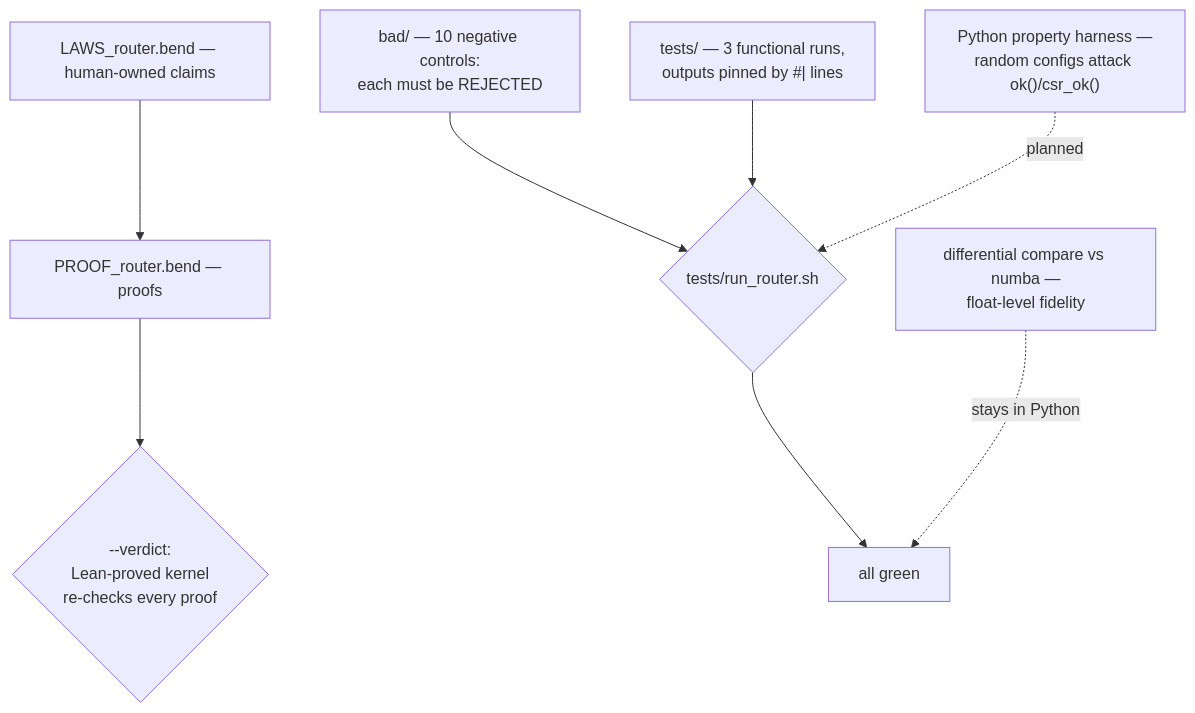
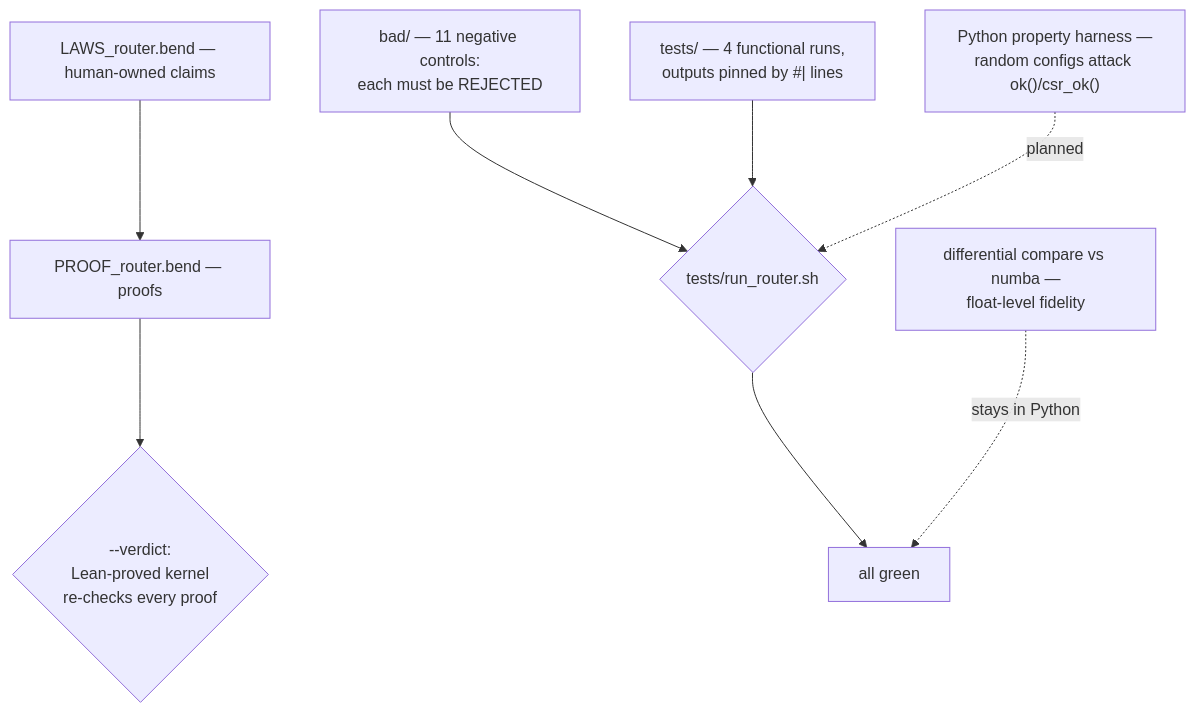
Before and after one commit to maedoc/tvb: the seventh of 7 diagrams in tvb_library/tvb/simulator/backend/bend_hybrid/ROUTER_EXPLAINER.md, drawn with Mermaid. The commit also changed other lines of this file and 7 other files, not shown here.

````diff
--- a/tvb_library/tvb/simulator/backend/bend_hybrid/ROUTER_EXPLAINER.md
+++ b/tvb_library/tvb/simulator/backend/bend_hybrid/ROUTER_EXPLAINER.md
@@ -318,10 +320,10 @@
 ```mermaid
 flowchart TD
     LAWS["LAWS_router.bend — human-owned claims"] --> PROOF["PROOF_router.bend — proofs"]
     PROOF --> VDT{"--verdict:<br/>Lean-proved kernel<br/>re-checks every proof"}
-    BAD["bad/ — 10 negative controls:<br/>each must be REJECTED"] --> GATE
-    TESTS["tests/ — 3 functional runs,<br/>outputs pinned by #| lines"] --> GATE
+    BAD["bad/ — 11 negative controls:<br/>each must be REJECTED"] --> GATE
+    TESTS["tests/ — 4 functional runs,<br/>outputs pinned by #| lines"] --> GATE
     GATE{"tests/run_router.sh"} --> OK["all green"]
     PROP["Python property harness —<br/>random configs attack ok()/csr_ok()"] -. planned .-> GATE
     DIFF["differential compare vs numba —<br/>float-level fidelity"] -. stays in Python .-> OK
 ```
````
